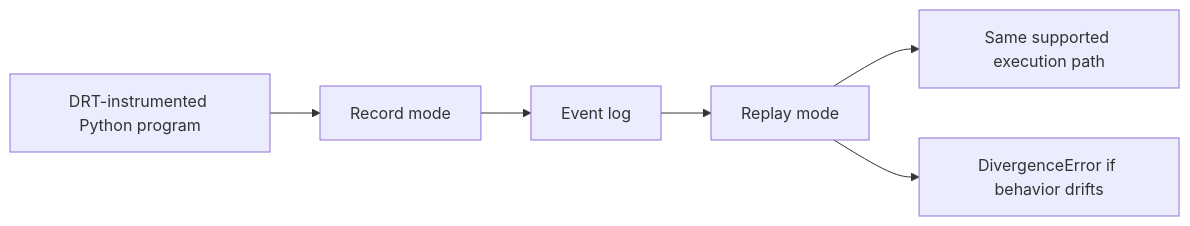
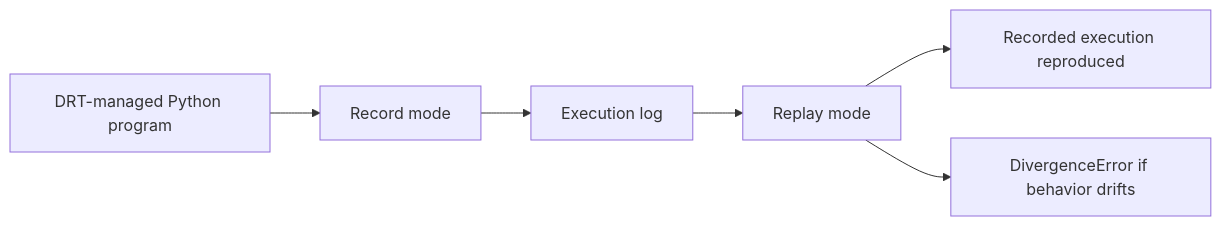
Before and after one commit to Yumekaz/DRT: the diagram in README.md, drawn with Mermaid. The commit also changed other lines of this file, not shown here.

````diff
--- a/README.md
+++ b/README.md
@@ -111,8 +108,8 @@
 ```mermaid
 flowchart LR
-    A["DRT-instrumented Python program"] --> B["Record mode"]
-    B --> C["Event log"]
+    A["DRT-managed Python program"] --> B["Record mode"]
+    B --> C["Execution log"]
     C --> D["Replay mode"]
-    D --> E["Same supported execution path"]
+    D --> E["Recorded execution reproduced"]
     D --> F["DivergenceError if behavior drifts"]
 ```
````
